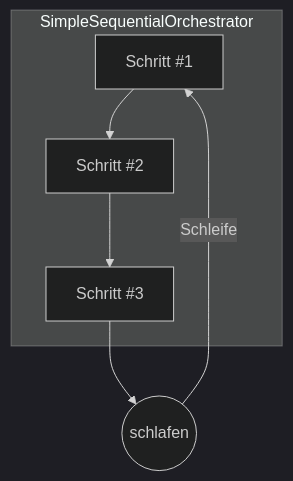
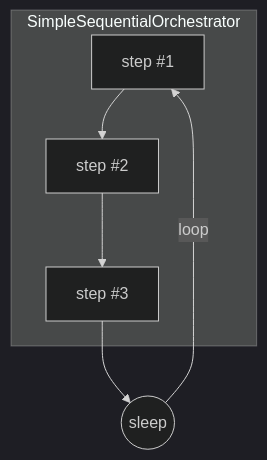
One commit to Softoft-Orga/open-ticket-ai changed the fourth of 5 diagrams in docs/src/content/docs/de/open-ticket-automation/users/pipeline.mdx. Above: the diagram before and after it, drawn with Mermaid (dark theme). The commit also changed other lines of this file and 65 other files, not shown here.

````diff
--- a/docs/src/content/docs/de/open-ticket-automation/users/pipeline.mdx
+++ b/docs/src/content/docs/de/open-ticket-automation/users/pipeline.mdx
@@ -184,8 +185,8 @@
 ```mermaid
 flowchart TB
     subgraph SimpleSequentialOrchestrator
-        S1["Schritt #1"] --> S2["Schritt #2"] --> S3["Schritt #3"]
+        S1["step #1"] --> S2["step #2"] --> S3["step #3"]
     end
-    S3 --> Z(("schlafen"))
-    Z -->|Schleife| S1
+    S3 --> Z(("sleep"))
+    Z -->|loop| S1
 ```
````
